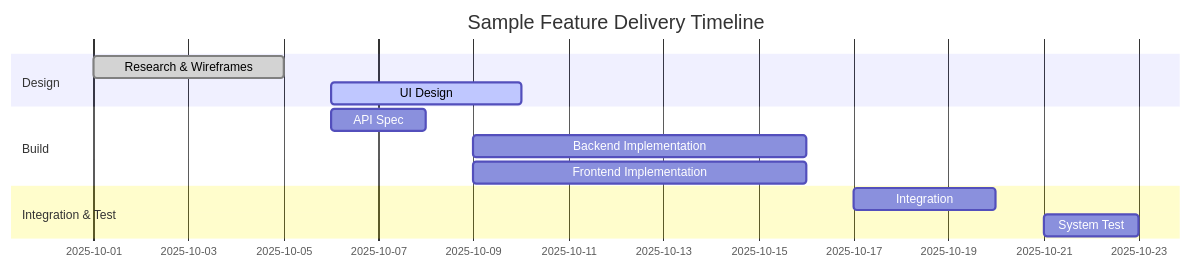
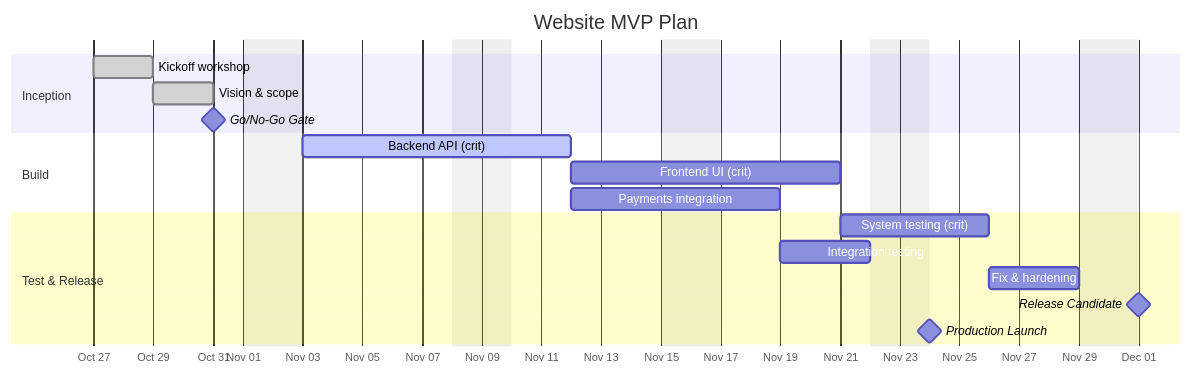
Before and after one commit to msdbok/msdbok.github.io: the third of 3 diagrams in content/plan/activities.md, drawn with Mermaid.

````diff
--- a/content/plan/activities.md
+++ b/content/plan/activities.md
@@ -200,15 +200,25 @@
 ```mermaid
+
 gantt
-    title Sample Feature Delivery Timeline
+    title Website MVP Plan
     dateFormat  YYYY-MM-DD
-    section Design
-    Research & Wireframes      :done,    des1, 2025-10-01, 2025-10-05
-    UI Design                  :active,  des2, 2025-10-06, 2025-10-10
+    axisFormat  %b %d
+    excludes    weekends
+
+    section Inception
+    Kickoff workshop       :done, a1, 2025-10-27, 2d
+    Vision & scope         :done,a2, after a1, 2d
+    Go/No-Go Gate          :milestone, m1, after a2, 0d
+
     section Build
-    API Spec                   :         api1, 2025-10-06, 2025-10-08
-    Backend Implementation     :         back, 2025-10-09, 2025-10-16
-    Frontend Implementation    :         front,2025-10-09, 2025-10-16
-    section Integration & Test
-    Integration                :         int1, 2025-10-17, 2025-10-20
-    System Test                :         test, 2025-10-21, 2025-10-23
+    Backend API (crit)     :active, b1, 2025-11-03, 7d
+    Frontend UI (crit)     :b2, after b1, 7d
+    Payments integration   :b3, after b1, 5d
+
+    section Test & Release
+    System testing (crit)  :c1, after b2, 3d
+    Integration testing    :c2, after b3, 3d
+    Fix & hardening        :c3, after c1, 3d
+    Release Candidate      :milestone, m2, after c3, 0d
+    Production Launch      :milestone, m3, after c2, 0d
 ```
````
